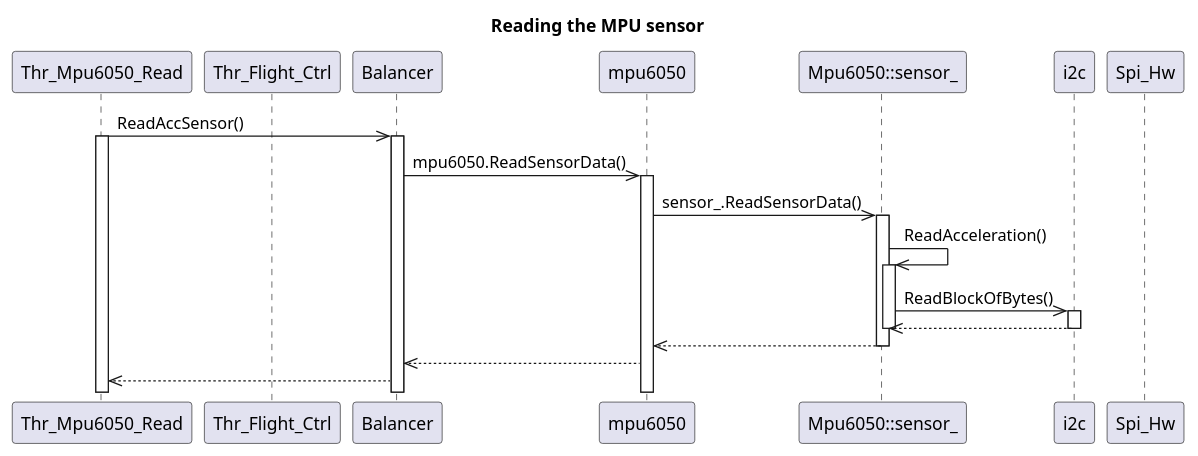
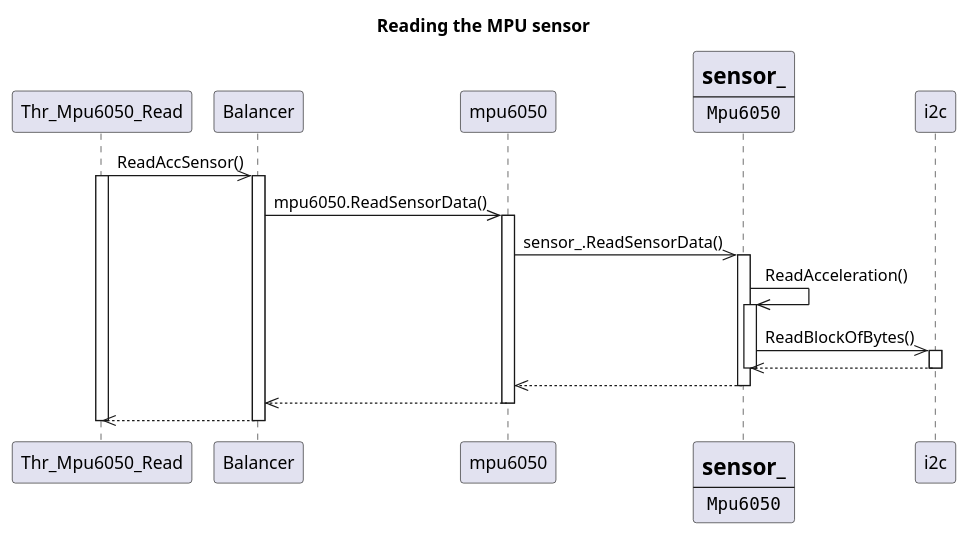
Before and after one commit to inpgbburda/FlyMatic: the first of 2 diagrams in docs/software-design/main_unit.md, drawn with PlantUML. The commit also changed other lines of this file, not shown here.

Commit message:
Add sequence diagram for main Balancer func

````diff
--- a/docs/software-design/main_unit.md
+++ b/docs/software-design/main_unit.md
@@ -20,36 +20,41 @@
 ```puml
 @startuml
 title Reading the MPU sensor
 
 participant "Thr_Mpu6050_Read"  as Thr_Mpu6050_Read
-participant "Thr_Flight_Ctrl"   as Thr_Flight_Ctrl
 participant "Balancer"          as Balancer
 participant "mpu6050"          as mpu6050
-participant "Mpu6050::sensor_" as Mpu6050_sensor_
+participant Mpu6050_sensor_ [
+    =sensor_
+    ----
+    ""Mpu6050""
+]
 participant "i2c"               as i2c
-participant "Spi_Hw"            as Spi_Hw
 
 Thr_Mpu6050_Read ->> Balancer : ReadAccSensor()
 activate Thr_Mpu6050_Read
 activate Balancer
 
 Balancer ->> mpu6050: mpu6050.ReadSensorData()
 activate mpu6050
 mpu6050 ->> Mpu6050_sensor_:         sensor_.ReadSensorData()
 activate Mpu6050_sensor_
 Mpu6050_sensor_ ->> Mpu6050_sensor_: ReadAcceleration()
 activate Mpu6050_sensor_
 Mpu6050_sensor_ ->> i2c:             ReadBlockOfBytes()
 activate i2c
 
 i2c -->> Mpu6050_sensor_
 deactivate Mpu6050_sensor_
 deactivate i2c
 Mpu6050_sensor_ -->> mpu6050
 deactivate Mpu6050_sensor_
 
 mpu6050 -->> Balancer
+deactivate mpu6050
 Balancer -->> Thr_Mpu6050_Read:
+deactivate Balancer
+deactivate Thr_Mpu6050_Read
 
 @enduml
 ```
````
